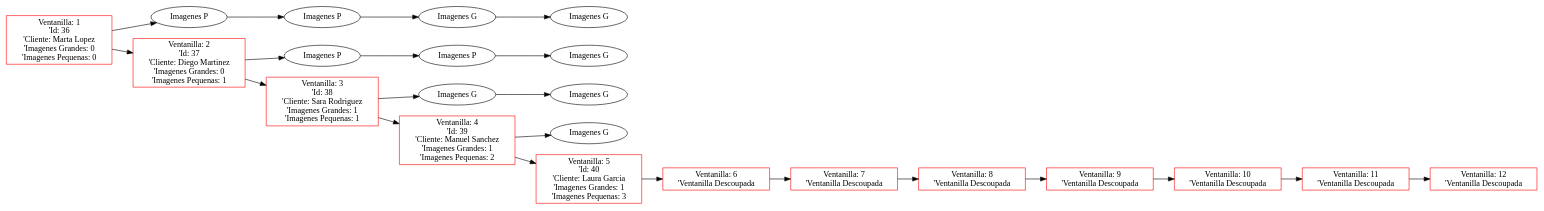
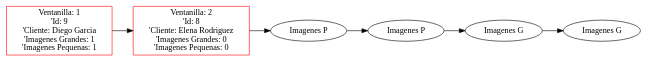
Before and after one commit to FranklinONP/EDD_PROYECTO_202200089: the diagram in Proyecto1/Proyecto1_202200089/Pruebas/PJ/Ventanilla.dot, drawn with Graphviz. The commit also changed 26 other files, not shown here.

```diff
--- a/Proyecto1/Proyecto1_202200089/Pruebas/PJ/Ventanilla.dot
+++ b/Proyecto1/Proyecto1_202200089/Pruebas/PJ/Ventanilla.dot
@@ -1,46 +1,14 @@
  digraph G {
  rankdir=LR;
- node0 [label="Ventanilla: 1\n'Id: 36\n'Cliente: Marta Lopez\n'Imagenes Grandes: 0\n'Imagenes Pequenas: 0", color="red", shape="rectangle"];
- element00 [label="Imagenes P", shape="ellipse"];
- node0 -> element00 [dir="forward"];
- element00 -> element01 [dir="forward"];
- element01 [label="Imagenes P", shape="ellipse"];
- element01 -> element02 [dir="forward"];
- element02 [label="Imagenes G", shape="ellipse"];
- element02 -> element03 [dir="forward"];
- element03 [label="Imagenes G", shape="ellipse"];
- node1 [label="Ventanilla: 2\n'Id: 37\n'Cliente: Diego Martinez\n'Imagenes Grandes: 0\n'Imagenes Pequenas: 1", color="red", shape="rectangle"];
+ node0 [label="Ventanilla: 1\n'Id: 9\n'Cliente: Diego Garcia\n'Imagenes Grandes: 1\n'Imagenes Pequenas: 1", color="red", shape="rectangle"];
+ node1 [label="Ventanilla: 2\n'Id: 8\n'Cliente: Elena Rodriguez\n'Imagenes Grandes: 0\n'Imagenes Pequenas: 0", color="red", shape="rectangle"];
  element10 [label="Imagenes P", shape="ellipse"];
  node1 -> element10 [dir="forward"];
  element10 -> element11 [dir="forward"];
  element11 [label="Imagenes P", shape="ellipse"];
  element11 -> element12 [dir="forward"];
  element12 [label="Imagenes G", shape="ellipse"];
+ element12 -> element13 [dir="forward"];
+ element13 [label="Imagenes G", shape="ellipse"];
  node0 -> node1 [dir="forward"];
- node2 [label="Ventanilla: 3\n'Id: 38\n'Cliente: Sara Rodriguez\n'Imagenes Grandes: 1\n'Imagenes Pequenas: 1", color="red", shape="rectangle"];
- element20 [label="Imagenes G", shape="ellipse"];
- node2 -> element20 [dir="forward"];
- element20 -> element21 [dir="forward"];
- element21 [label="Imagenes G", shape="ellipse"];
- node1 -> node2 [dir="forward"];
- node3 [label="Ventanilla: 4\n'Id: 39\n'Cliente: Manuel Sanchez\n'Imagenes Grandes: 1\n'Imagenes Pequenas: 2", color="red", shape="rectangle"];
- element30 [label="Imagenes G", shape="ellipse"];
- node3 -> element30 [dir="forward"];
- node2 -> node3 [dir="forward"];
- node4 [label="Ventanilla: 5\n'Id: 40\n'Cliente: Laura Garcia\n'Imagenes Grandes: 1\n'Imagenes Pequenas: 3", color="red", shape="rectangle"];
- node3 -> node4 [dir="forward"];
- node5 [label="Ventanilla: 6\n'Ventanilla Descoupada", color="red", shape="rectangle"];
- node4 -> node5 [dir="forward"];
- node6 [label="Ventanilla: 7\n'Ventanilla Descoupada", color="red", shape="rectangle"];
- node5 -> node6 [dir="forward"];
- node7 [label="Ventanilla: 8\n'Ventanilla Descoupada", color="red", shape="rectangle"];
- node6 -> node7 [dir="forward"];
- node8 [label="Ventanilla: 9\n'Ventanilla Descoupada", color="red", shape="rectangle"];
- node7 -> node8 [dir="forward"];
- node9 [label="Ventanilla: 10\n'Ventanilla Descoupada", color="red", shape="rectangle"];
- node8 -> node9 [dir="forward"];
- node10 [label="Ventanilla: 11\n'Ventanilla Descoupada", color="red", shape="rectangle"];
- node9 -> node10 [dir="forward"];
- node11 [label="Ventanilla: 12\n'Ventanilla Descoupada", color="red", shape="rectangle"];
- node10 -> node11 [dir="forward"];
  }
```
